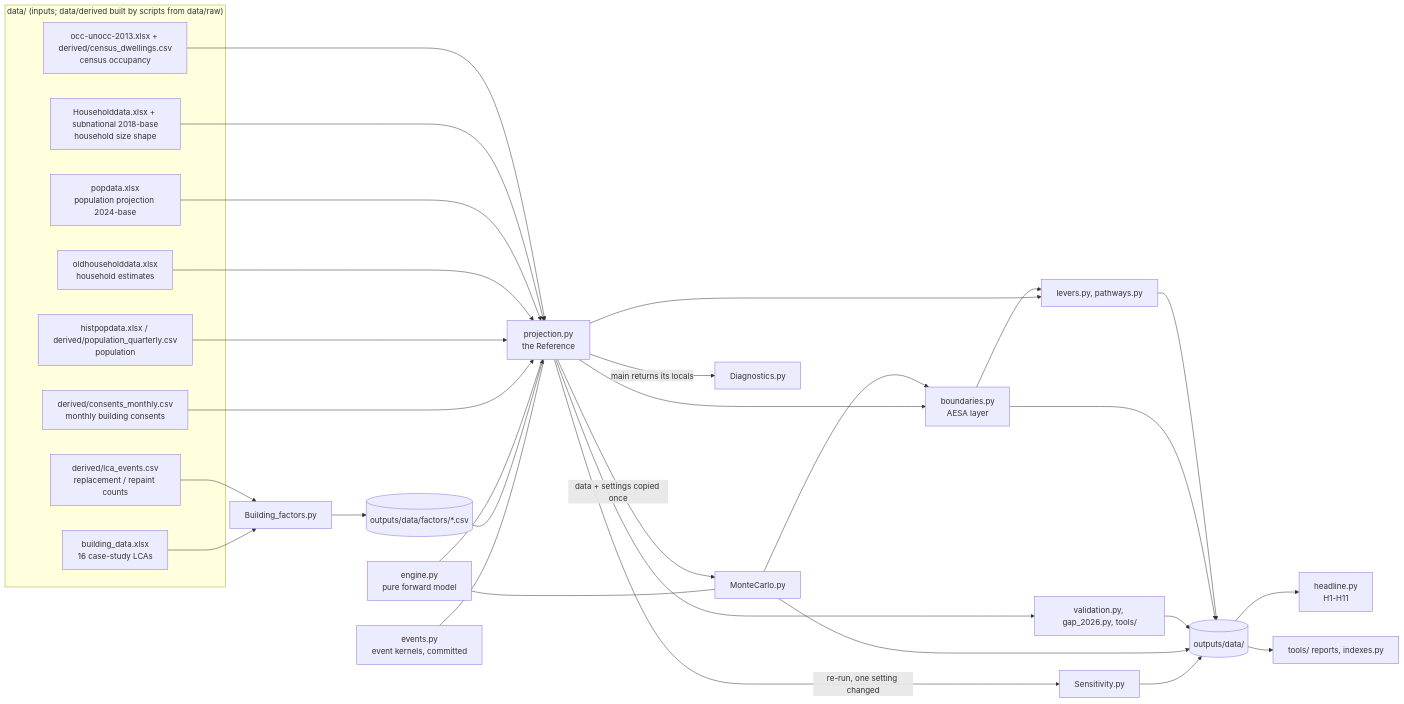
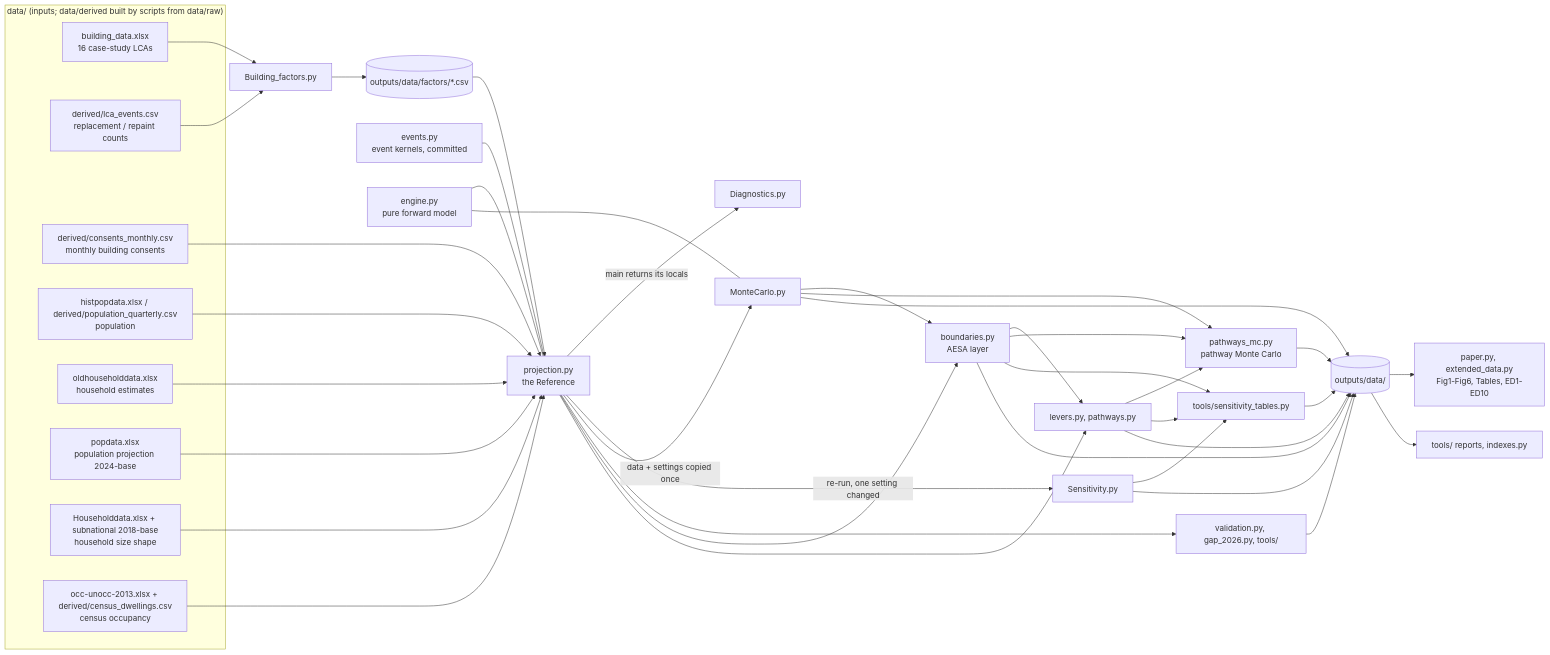
The first of 3 diagrams in ARCHITECTURE.md (GerasimosChristoforatos/Pathway-Paper), drawn with Mermaid before and after one commit. The commit also changed other lines of this file and 2 other files, not shown here.

First line of the commit message:
model-v2.0.0 (3e): README, ARCHITECTURE, CITATION for the paper layout

````diff
--- a/ARCHITECTURE.md
+++ b/ARCHITECTURE.md
@@ -55,29 +56,31 @@
 ```mermaid
 flowchart LR
     subgraph inputs["data/ (inputs; data/derived built by scripts from data/raw)"]
         BD[building_data.xlsx<br/>16 case-study LCAs]
         EV[derived/lca_events.csv<br/>replacement / repaint counts]
         CM[derived/consents_monthly.csv<br/>monthly building consents]
         HP[histpopdata.xlsx / derived/population_quarterly.csv<br/>population]
         OH[oldhouseholddata.xlsx<br/>household estimates]
         PP[popdata.xlsx<br/>population projection 2024-base]
         HH[Householddata.xlsx + subnational 2018-base<br/>household size shape]
         CE[occ-unocc-2013.xlsx + derived/census_dwellings.csv<br/>census occupancy]
     end
     BF[Building_factors.py] --> F[("outputs/data/factors/*.csv")]
     BD & EV --> BF
     EVP[events.py<br/>event kernels, committed] --- PROJ
     F --> PROJ[projection.py<br/>the Reference]
     ENG[engine.py<br/>pure forward model] --- PROJ
     ENG --- MC
     CM & HP & OH & PP & HH & CE --> PROJ
     PROJ -->|main returns its locals| DIAG[Diagnostics.py]
     PROJ -->|re-run, one setting changed| SENS[Sensitivity.py]
     PROJ -->|data + settings copied once| MC[MonteCarlo.py]
     PROJ --> VAL[validation.py, gap_2026.py, tools/]
     PROJ & MC --> BND[boundaries.py<br/>AESA layer]
     PROJ & BND --> PW[levers.py, pathways.py]
-    SENS & MC & VAL & BND & PW --> DATA[("outputs/data/")]
-    DATA --> HL[headline.py<br/>H1-H11]
+    MC & BND & PW --> PMC[pathways_mc.py<br/>pathway Monte Carlo]
+    SENS & BND & PW --> ST[tools/sensitivity_tables.py]
+    SENS & MC & VAL & BND & PW & PMC & ST --> DATA[("outputs/data/")]
+    DATA --> HL[paper.py, extended_data.py<br/>Fig1-Fig6, Tables, ED1-ED10]
     DATA --> REP[tools/ reports, indexes.py]
 ```
````
